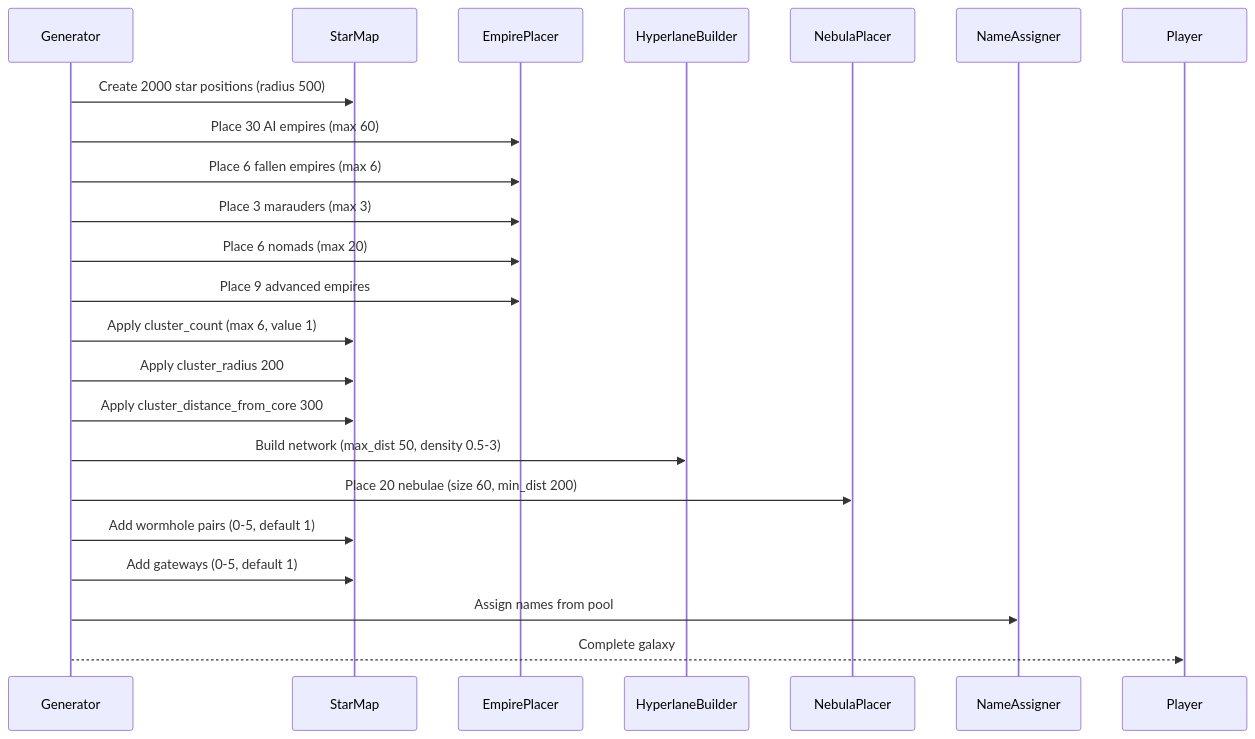
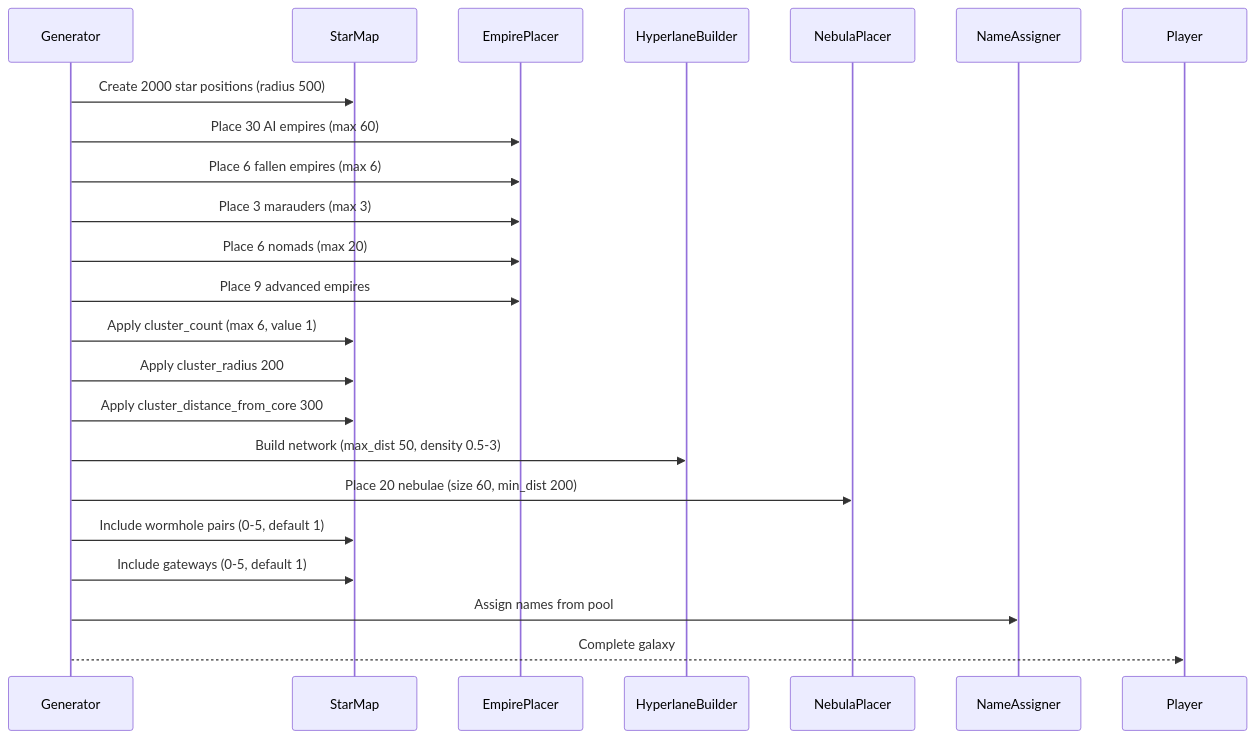
Before and after one commit to hmlendea/stellaris-ui-galaxy-sizes: the first of 7 diagrams in docs/flows/detail-mutation.md, drawn with Mermaid. The commit also changed other lines of this file and 41 other files, not shown here.

````diff
--- a/docs/flows/detail-mutation.md
+++ b/docs/flows/detail-mutation.md
@@ -7,24 +7,24 @@
 ```mermaid
 sequenceDiagram
     participant Generator
     participant StarMap
     participant EmpirePlacer
     participant HyperlaneBuilder
     participant NebulaPlacer
     participant NameAssigner
     Generator->>StarMap: Create 2000 star positions (radius 500)
     Generator->>EmpirePlacer: Place 30 AI empires (max 60)
     Generator->>EmpirePlacer: Place 6 fallen empires (max 6)
     Generator->>EmpirePlacer: Place 3 marauders (max 3)
     Generator->>EmpirePlacer: Place 6 nomads (max 20)
     Generator->>EmpirePlacer: Place 9 advanced empires
     Generator->>StarMap: Apply cluster_count (max 6, value 1)
     Generator->>StarMap: Apply cluster_radius 200
     Generator->>StarMap: Apply cluster_distance_from_core 300
     Generator->>HyperlaneBuilder: Build network (max_dist 50, density 0.5-3)
     Generator->>NebulaPlacer: Place 20 nebulae (size 60, min_dist 200)
-    Generator->>StarMap: Add wormhole pairs (0-5, default 1)
-    Generator->>StarMap: Add gateways (0-5, default 1)
+    Generator->>StarMap: Include wormhole pairs (0-5, default 1)
+    Generator->>StarMap: Include gateways (0-5, default 1)
     Generator->>NameAssigner: Assign names from pool
     Generator-->>Player: Complete galaxy
 ```
````
